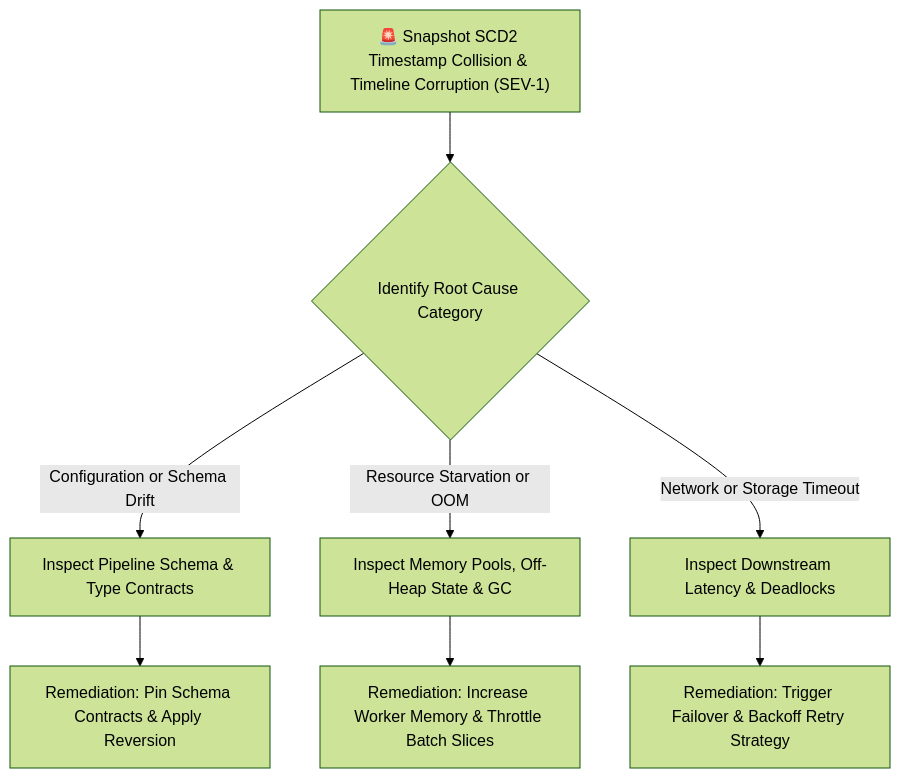
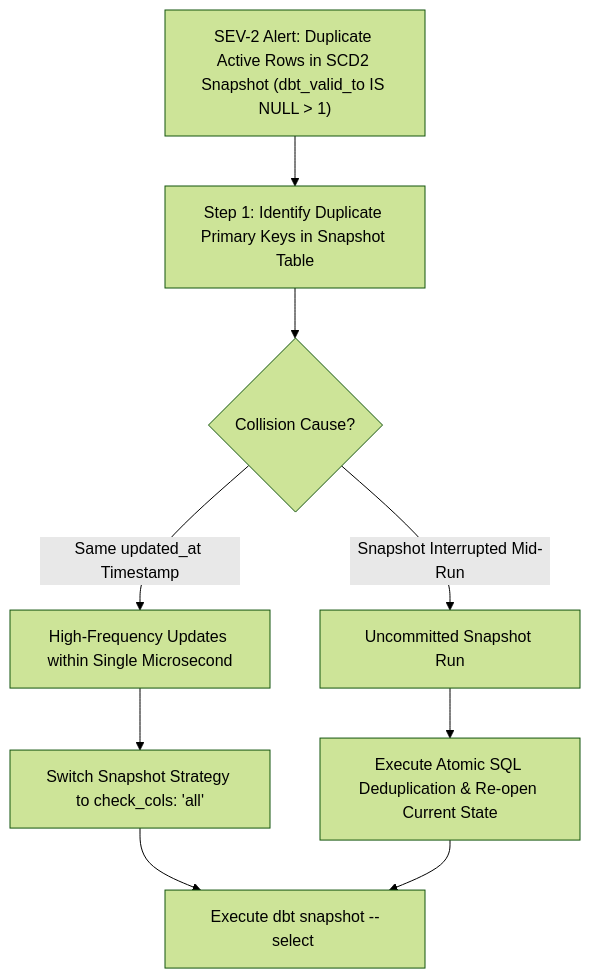
Before and after one commit to santoshjammi29/dbt-handbook: the diagram in runbooks/02_snapshot_scd2_timestamp_collision_triage.md, drawn with Mermaid (forest theme). The commit also changed other lines of this file and 12 other files, not shown here.

````diff
--- a/runbooks/02_snapshot_scd2_timestamp_collision_triage.md
+++ b/runbooks/02_snapshot_scd2_timestamp_collision_triage.md
@@ -11,12 +12,13 @@
 ```mermaid
 flowchart TD
-    Alert["🚨 Snapshot SCD2 Timestamp Collision & Timeline Corruption (SEV-1)"] --> TriageCategory{"Identify Root Cause Category"}
+    Alert["SEV-2 Alert: Duplicate Active Rows in SCD2 Snapshot (dbt_valid_to IS NULL > 1)"] --> FindDuplicates["Step 1: Identify Duplicate Primary Keys in Snapshot Table"]
+    FindDuplicates --> CauseCheck{"Collision Cause?"}
     
-    TriageCategory -->|"Configuration or Schema Drift"| ConfigTriage["Inspect Pipeline Schema & Type Contracts"]
-    TriageCategory -->|"Resource Starvation or OOM"| ResourceTriage["Inspect Memory Pools, Off-Heap State & GC"]
-    TriageCategory -->|"Network or Storage Timeout"| NetworkTriage["Inspect Downstream Latency & Deadlocks"]
-
-    ConfigTriage --> FixConfig["Remediation: Pin Schema Contracts & Apply Reversion"]
-    ResourceTriage --> FixResource["Remediation: Increase Worker Memory & Throttle Batch Slices"]
-    NetworkTriage --> FixNetwork["Remediation: Trigger Failover & Backoff Retry Strategy"]
+    CauseCheck -->|"Same updated_at Timestamp"| TimestampCollision["High-Frequency Updates within Single Microsecond"]
+    CauseCheck -->|"Snapshot Interrupted Mid-Run"| PartialCommit["Uncommitted Snapshot Run"]
+    
+    TimestampCollision --> SwitchStrategy["Switch Snapshot Strategy to check_cols: 'all'"]
+    PartialCommit --> RepairActive["Execute Atomic SQL Deduplication & Re-open Current State"]
+    SwitchStrategy --> ReSnapshot["Execute dbt snapshot --select <model>"]
+    RepairActive --> ReSnapshot
 ```
````
